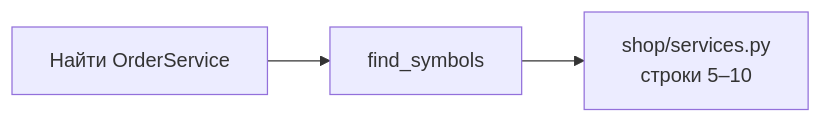
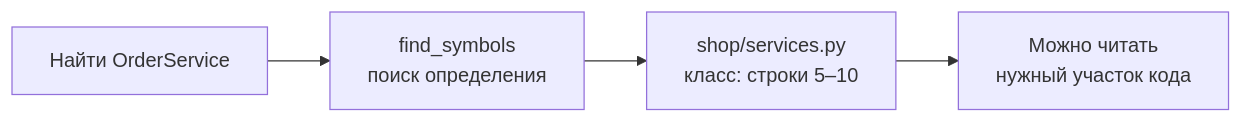
The second of 5 diagrams in PRESENTATION.md (Vkuvalin/project-kb), drawn with Mermaid before and after one commit. The commit also changed other lines of this file and 16 other files, not shown here.

````diff
--- a/PRESENTATION.md
+++ b/PRESENTATION.md
@@ -73,5 +116,6 @@
 ```mermaid
 flowchart LR
-    Need["Найти OrderService"] --> Query["find_symbols"]
-    Query --> Result["shop/services.py<br/>строки 5–10"]
+    Need["Найти OrderService"] --> Query["find_symbols<br/>поиск определения"]
+    Query --> Result["shop/services.py<br/>класс: строки 5–10"]
+    Result --> Read["Можно читать<br/>нужный участок кода"]
 ```
````
